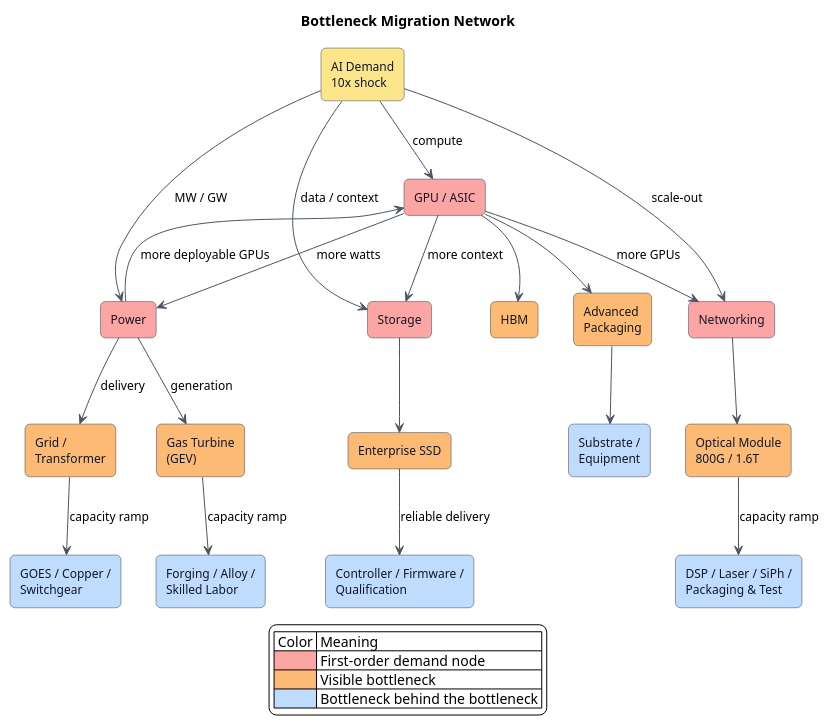
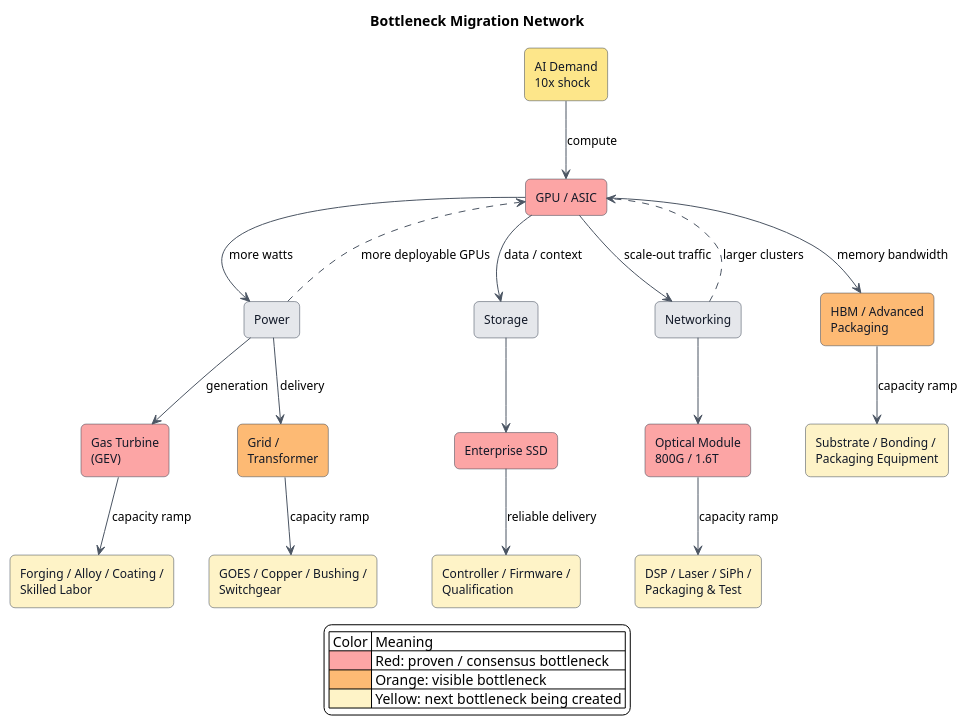
The diagram in source/_posts/the-real-bottleneck-is-replication.en.md (johnsonlee/blog), drawn with PlantUML before and after one commit. The commit also changed other lines of this file and 1 other file, not shown here.

Commit message:
Rewrite essay around bottleneck migration

````diff
--- a/source/_posts/the-real-bottleneck-is-replication.en.md
+++ b/source/_posts/the-real-bottleneck-is-replication.en.md
@@ -92,67 +124,62 @@
 ```plantuml
 @startuml
 skinparam backgroundColor white
 skinparam shadowing false
 skinparam defaultFontSize 12
 skinparam ArrowColor #4B5563
 skinparam rectangle {
   BorderColor #374151
   FontColor #111827
   RoundCorner 10
 }
 
 title Bottleneck Migration Network
 
 rectangle "AI Demand\n10x shock" as AI #FDE68A
 
 rectangle "GPU / ASIC" as GPU #FCA5A5
-rectangle "Power" as POWER #FCA5A5
-rectangle "Storage" as STORAGE #FCA5A5
-rectangle "Networking" as NETWORK #FCA5A5
+rectangle "Power" as POWER #E5E7EB
+rectangle "Storage" as STORAGE #E5E7EB
+rectangle "Networking" as NETWORK #E5E7EB
 
-rectangle "HBM" as HBM #FDBA74
-rectangle "Advanced\nPackaging" as PACKAGING #FDBA74
-rectangle "Gas Turbine\n(GEV)" as GEV #FDBA74
+rectangle "HBM / Advanced\nPackaging" as HBM #FDBA74
+rectangle "Gas Turbine\n(GEV)" as GEV #FCA5A5
 rectangle "Grid /\nTransformer" as GRID #FDBA74
-rectangle "Enterprise SSD" as SSD #FDBA74
-rectangle "Optical Module\n800G / 1.6T" as OPTICS #FDBA74
+rectangle "Enterprise SSD" as SSD #FCA5A5
+rectangle "Optical Module\n800G / 1.6T" as OPTICS #FCA5A5
 
-rectangle "Substrate /\nEquipment" as SUBSTRATE #BFDBFE
-rectangle "Forging / Alloy /\nSkilled Labor" as FORGING #BFDBFE
-rectangle "GOES / Copper /\nSwitchgear" as MATERIAL #BFDBFE
-rectangle "Controller / Firmware /\nQualification" as CONTROLLER #BFDBFE
-rectangle "DSP / Laser / SiPh /\nPackaging & Test" as PHOTONICS #BFDBFE
+rectangle "Substrate / Bonding /\nPackaging Equipment" as SUBSTRATE #FEF3C7
+rectangle "Forging / Alloy / Coating /\nSkilled Labor" as FORGING #FEF3C7
+rectangle "GOES / Copper / Bushing /\nSwitchgear" as MATERIAL #FEF3C7
+rectangle "Controller / Firmware /\nQualification" as CONTROLLER #FEF3C7
+rectangle "DSP / Laser / SiPh /\nPackaging & Test" as PHOTONICS #FEF3C7
 
 AI --> GPU : compute
-AI --> POWER : MW / GW
-AI --> STORAGE : data / context
-AI --> NETWORK : scale-out
+GPU --> HBM : memory bandwidth
+HBM --> SUBSTRATE : capacity ramp
 
-GPU --> HBM
-GPU --> PACKAGING
-PACKAGING --> SUBSTRATE
-
+GPU --> POWER : more watts
 POWER --> GEV : generation
 POWER --> GRID : delivery
 GEV --> FORGING : capacity ramp
 GRID --> MATERIAL : capacity ramp
 
+GPU --> STORAGE : data / context
 STORAGE --> SSD
 SSD --> CONTROLLER : reliable delivery
 
+GPU --> NETWORK : scale-out traffic
 NETWORK --> OPTICS
 OPTICS --> PHOTONICS : capacity ramp
 
-GPU --> NETWORK : more GPUs
-GPU --> POWER : more watts
-GPU --> STORAGE : more context
-POWER --> GPU : more deployable GPUs
+POWER ..> GPU : more deployable GPUs
+NETWORK ..> GPU : larger clusters
 
 legend bottom
   | Color | Meaning |
-  |<#FCA5A5>| First-order demand node |
-  |<#FDBA74>| Visible bottleneck |
-  |<#BFDBFE>| Bottleneck behind the bottleneck |
+  |<#FCA5A5>| Red: proven / consensus bottleneck |
+  |<#FDBA74>| Orange: visible bottleneck |
+  |<#FEF3C7>| Yellow: next bottleneck being created |
 endlegend
 @enduml
 ```
````
